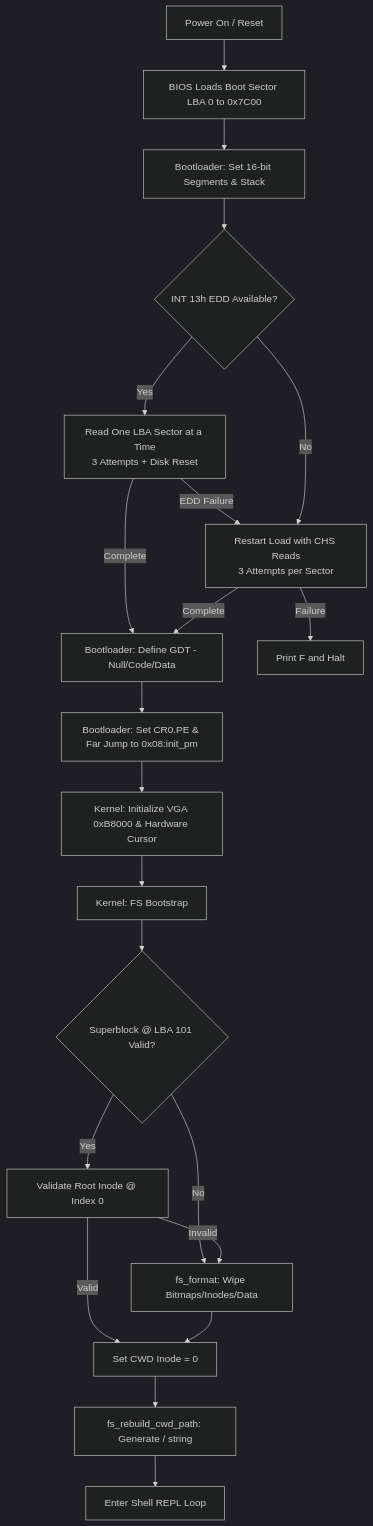
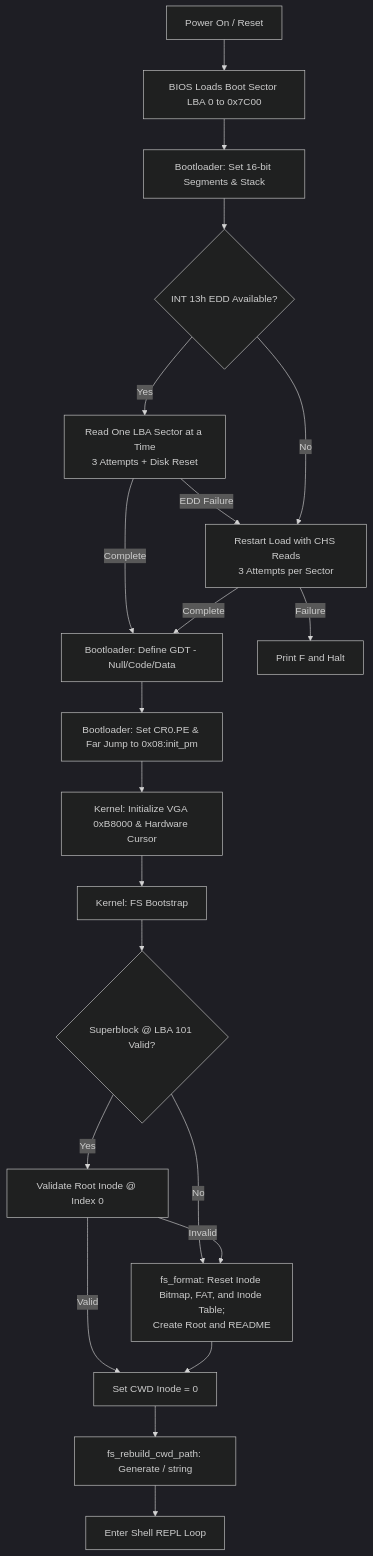
One commit to charlestsaur/MINI-OS changed the first of 8 diagrams in docs/Flowchart.md. Above: the diagram before and after it, drawn with Mermaid (dark theme). The commit also changed other lines of this file and 21 other files, not shown here.

````diff
--- a/docs/Flowchart.md
+++ b/docs/Flowchart.md
@@ -9,23 +9,23 @@
 ```mermaid
 graph TD
     A[Power On / Reset] --> B[BIOS Loads Boot Sector LBA 0 to 0x7C00]
     B --> C[Bootloader: Set 16-bit Segments & Stack]
     C --> D{INT 13h EDD Available?}
     D -- Yes --> D1[Read One LBA Sector at a Time<br/>3 Attempts + Disk Reset]
     D1 -- EDD Failure --> D2[Restart Load with CHS Reads<br/>3 Attempts per Sector]
     D -- No --> D2
     D1 -- Complete --> E[Bootloader: Define GDT - Null/Code/Data]
     D2 -- Complete --> E
     D2 -- Failure --> DF[Print F and Halt]
     E --> F[Bootloader: Set CR0.PE & Far Jump to 0x08:init_pm]
     F --> G[Kernel: Initialize VGA 0xB8000 & Hardware Cursor]
     G --> H[Kernel: FS Bootstrap]
     H --> I{Superblock @ LBA 101 Valid?}
-    I -- No --> J[fs_format: Wipe Bitmaps/Inodes/Data]
+    I -- No --> J[fs_format: Reset Inode Bitmap, FAT, and Inode Table;<br/>Create Root and README]
     I -- Yes --> K[Validate Root Inode @ Index 0]
     K -- Invalid --> J
     K -- Valid --> L[Set CWD Inode = 0]
     J --> L
     L --> M[fs_rebuild_cwd_path: Generate / string]
     M --> N[Enter Shell REPL Loop]
 ```
````
